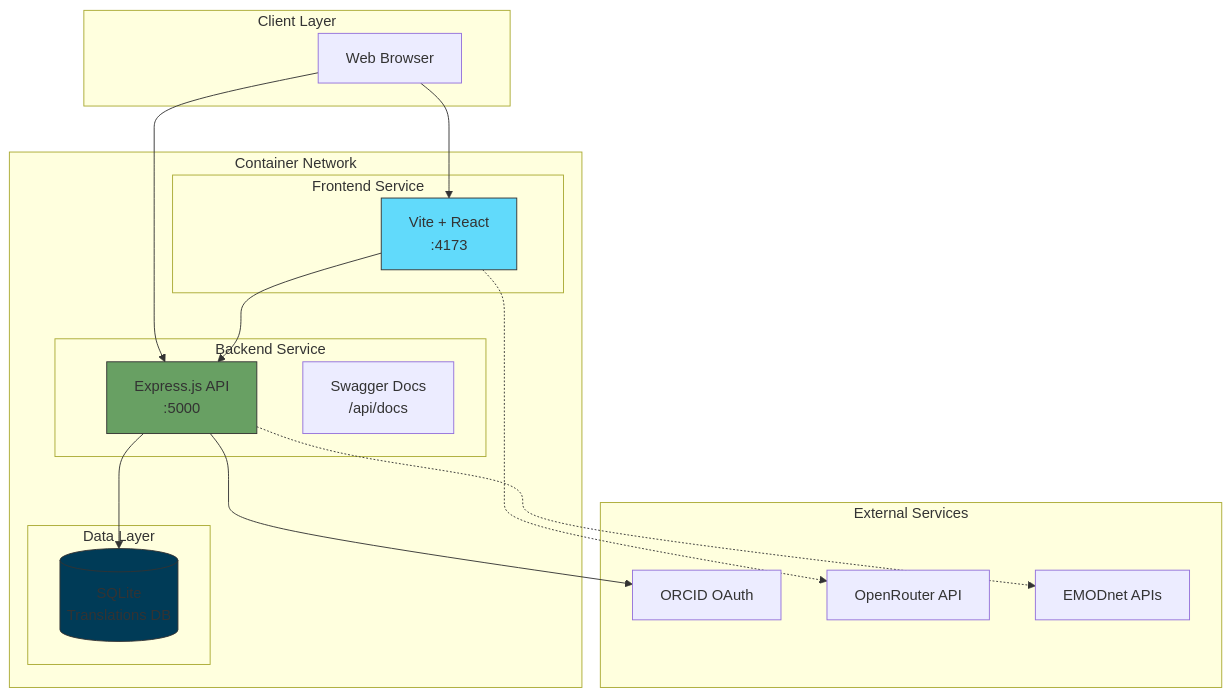
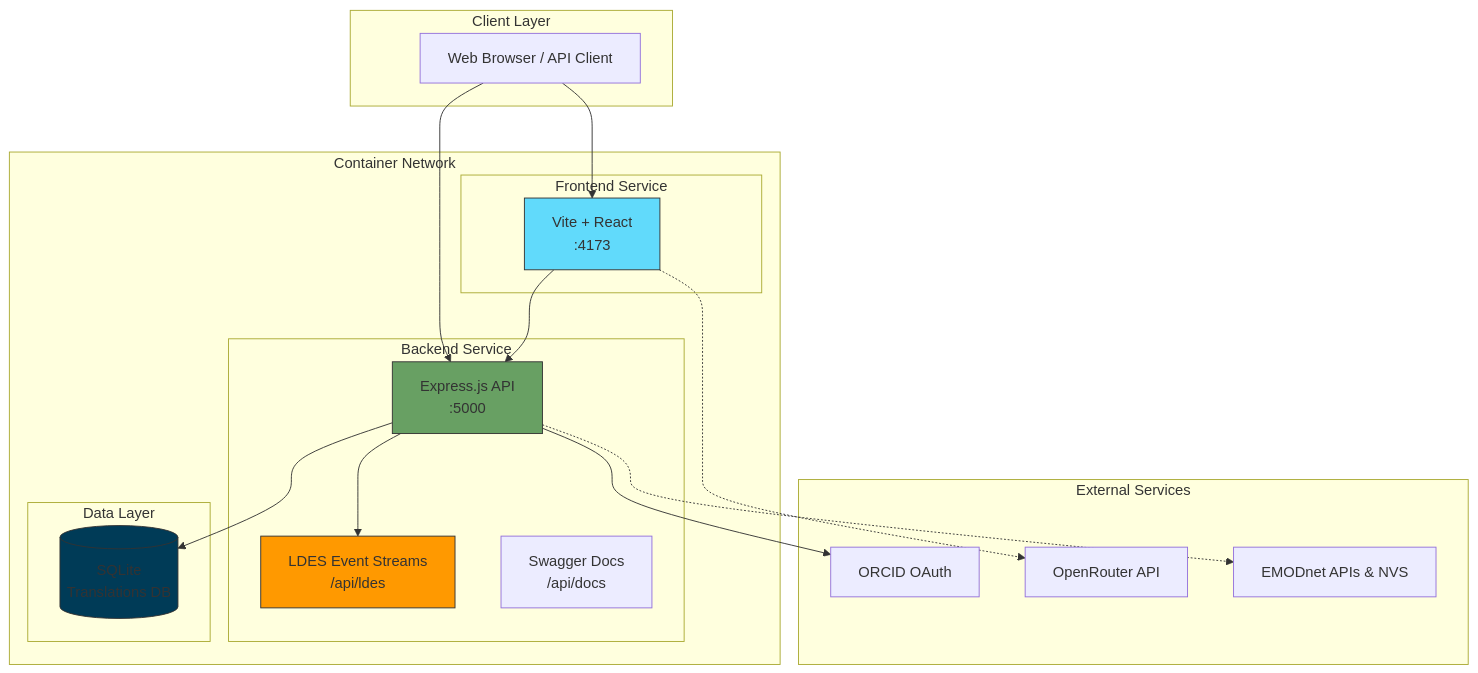
Before and after one commit to marine-term-translations/mtt-self-host-platform: the first of 2 diagrams in ARCHITECTURE.md, drawn with Mermaid. The commit also changed other lines of this file, not shown here.

Commit message:
docs: add EMODnet sponsorship header and update architecture overview

````diff
--- a/ARCHITECTURE.md
+++ b/ARCHITECTURE.md
@@ -19,39 +30,42 @@
 ```mermaid
 graph TB
     subgraph "Client Layer"
-        Browser[Web Browser]
+        Browser[Web Browser / API Client]
     end
 
     subgraph "Container Network"
         subgraph "Frontend Service"
             FE[Vite + React<br/>:4173]
         end
 
         subgraph "Backend Service"
             BE[Express.js API<br/>:5000]
+            LDES[LDES Event Streams<br/>/api/ldes]
             Swagger[Swagger Docs<br/>/api/docs]
         end
 
         subgraph "Data Layer"
             SQLite[(SQLite<br/>Translations DB)]
         end
     end
 
     subgraph "External Services"
         ORCID[ORCID OAuth]
         OpenRouter[OpenRouter API]
-        EMODnet[EMODnet APIs]
+        EMODnet[EMODnet APIs & NVS]
     end
 
     Browser --> FE
     Browser --> BE
     FE --> BE
     BE --> SQLite
     BE --> ORCID
+    BE --> LDES
     FE -.-> OpenRouter
     BE -.-> EMODnet
 
     style FE fill:#61dafb,stroke:#333
     style BE fill:#68a063,stroke:#333
     style SQLite fill:#003b57,stroke:#333
+    style LDES fill:#ff9900,stroke:#333
 ```
````
